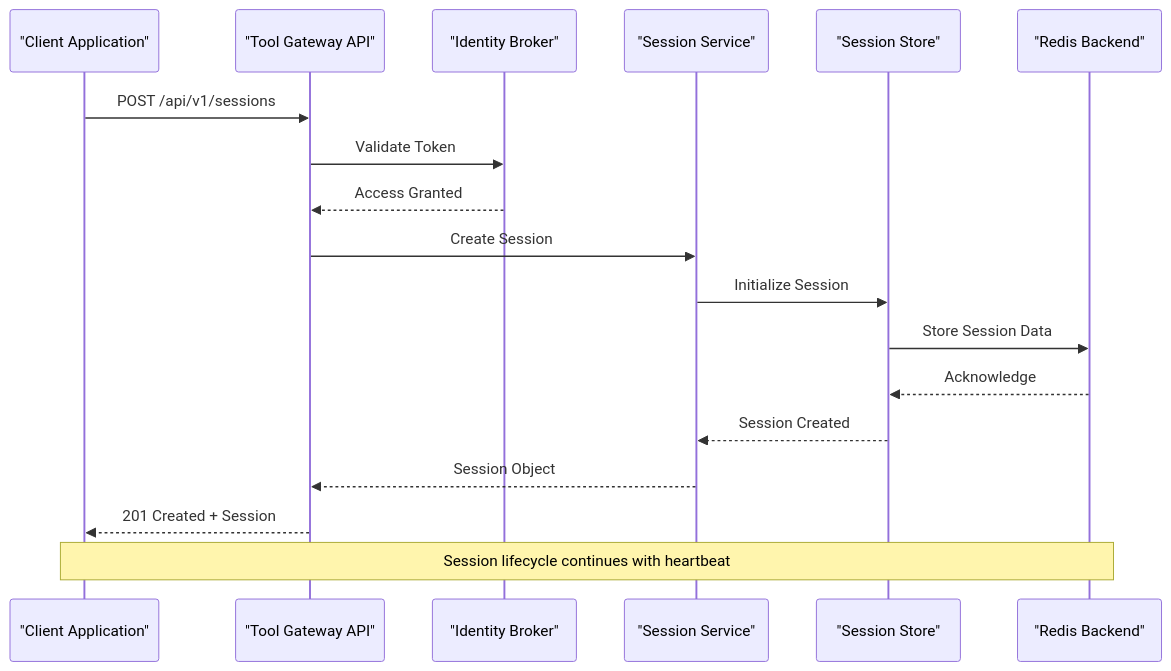
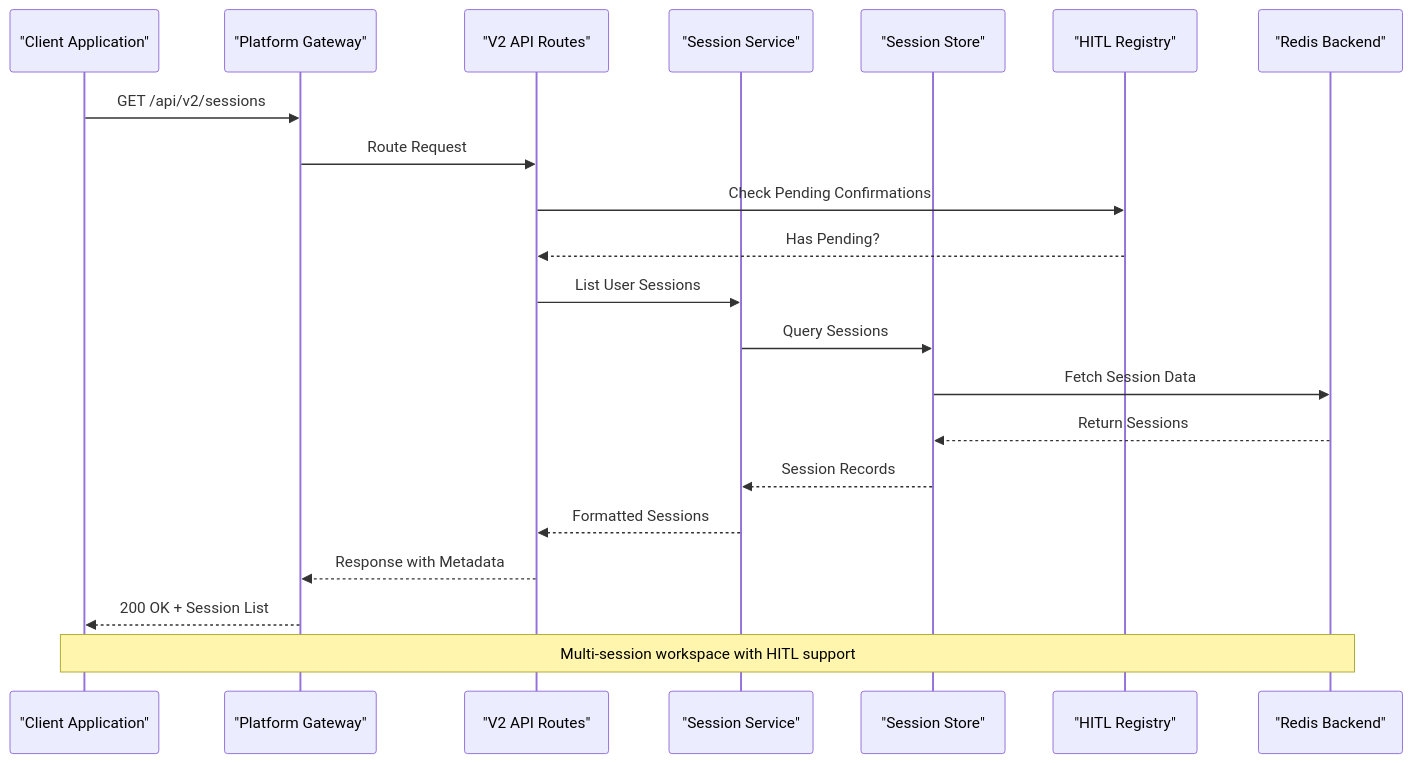
The second of 10 diagrams in .qoder/repowiki/en/content/API Reference/Agent Platform API/Session Management API.md (metasync/luban-aiops), drawn with Mermaid before and after one commit. The commit also changed other lines of this file and 43 other files, not shown here.

Commit message:
docs: refresh repowiki knowledge cache for SPEC-022 multi-session foundations

````diff
--- a/.qoder/repowiki/en/content/API Reference/Agent Platform API/Session Management API.md
+++ b/.qoder/repowiki/en/content/API Reference/Agent Platform API/Session Management API.md
@@ -107,20 +123,23 @@
 ```mermaid
 sequenceDiagram
 participant Client as "Client Application"
-participant Gateway as "Tool Gateway API"
-participant Auth as "Identity Broker"
+participant Gateway as "Platform Gateway"
+participant V2Routes as "V2 API Routes"
 participant SessionSvc as "Session Service"
 participant Store as "Session Store"
+participant Registry as "HITL Registry"
 participant Redis as "Redis Backend"
-Client->>Gateway : POST /api/v1/sessions
-Gateway->>Auth : Validate Token
-Auth-->>Gateway : Access Granted
-Gateway->>SessionSvc : Create Session
-SessionSvc->>Store : Initialize Session
-Store->>Redis : Store Session Data
-Redis-->>Store : Acknowledge
-Store-->>SessionSvc : Session Created
-SessionSvc-->>Gateway : Session Object
-Gateway-->>Client : 201 Created + Session
-Note over Client,Redis : Session lifecycle continues with heartbeat
+Client->>Gateway : GET /api/v2/sessions
+Gateway->>V2Routes : Route Request
+V2Routes->>Registry : Check Pending Confirmations
+Registry-->>V2Routes : Has Pending?
+V2Routes->>SessionSvc : List User Sessions
+SessionSvc->>Store : Query Sessions
+Store->>Redis : Fetch Session Data
+Redis-->>Store : Return Sessions
+Store-->>SessionSvc : Session Records
+SessionSvc-->>V2Routes : Formatted Sessions
+V2Routes-->>Gateway : Response with Metadata
+Gateway-->>Client : 200 OK + Session List
+Note over Client,Redis : Multi-session workspace with HITL support
 ```
````
